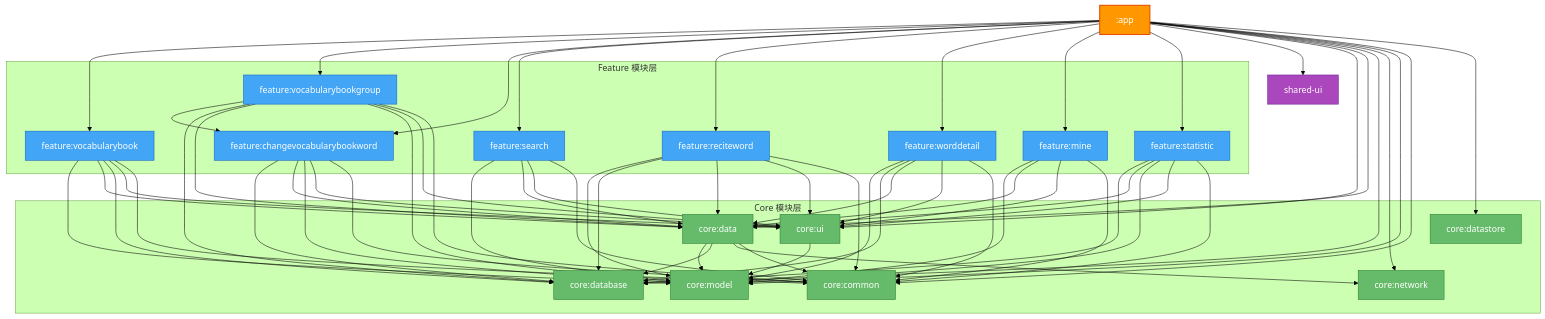
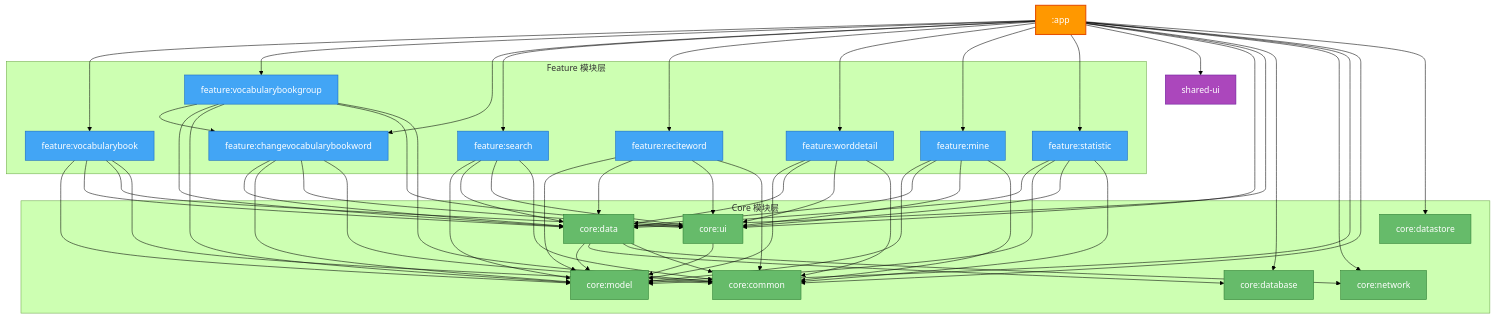
One commit to uniaprone/MnemoWord changed the first of 3 diagrams in docs/module-dependencies.md. Above: the diagram before and after it, drawn with Mermaid (forest theme). The commit also changed other lines of this file and 43 other files, not shown here.

```diff
--- a/docs/module-dependencies.md
+++ b/docs/module-dependencies.md
@@ -57,17 +57,14 @@
     %% feature → core 依赖
     VB --> MODEL
     VB --> DATA
-    VB --> DATABASE
     VB --> UI
     VB --> COMMON
 
-    VBG --> DATABASE
     VBG --> DATA
     VBG --> MODEL
     VBG --> UI
     VBG --> COMMON
 
-    CVBW --> DATABASE
     CVBW --> DATA
     CVBW --> MODEL
     CVBW --> UI
@@ -79,13 +76,11 @@
     SEARCH --> COMMON
 
     RECITE --> MODEL
-    RECITE --> DATABASE
     RECITE --> DATA
     RECITE --> UI
     RECITE --> COMMON
 
     WD --> MODEL
-    WD --> DATABASE
     WD --> DATA
     WD --> UI
     WD --> COMMON
@@ -95,7 +90,6 @@
     MINE --> UI
     MINE --> COMMON
 
-    STAT --> DATABASE
     STAT --> DATA
     STAT --> MODEL
     STAT --> UI
```
